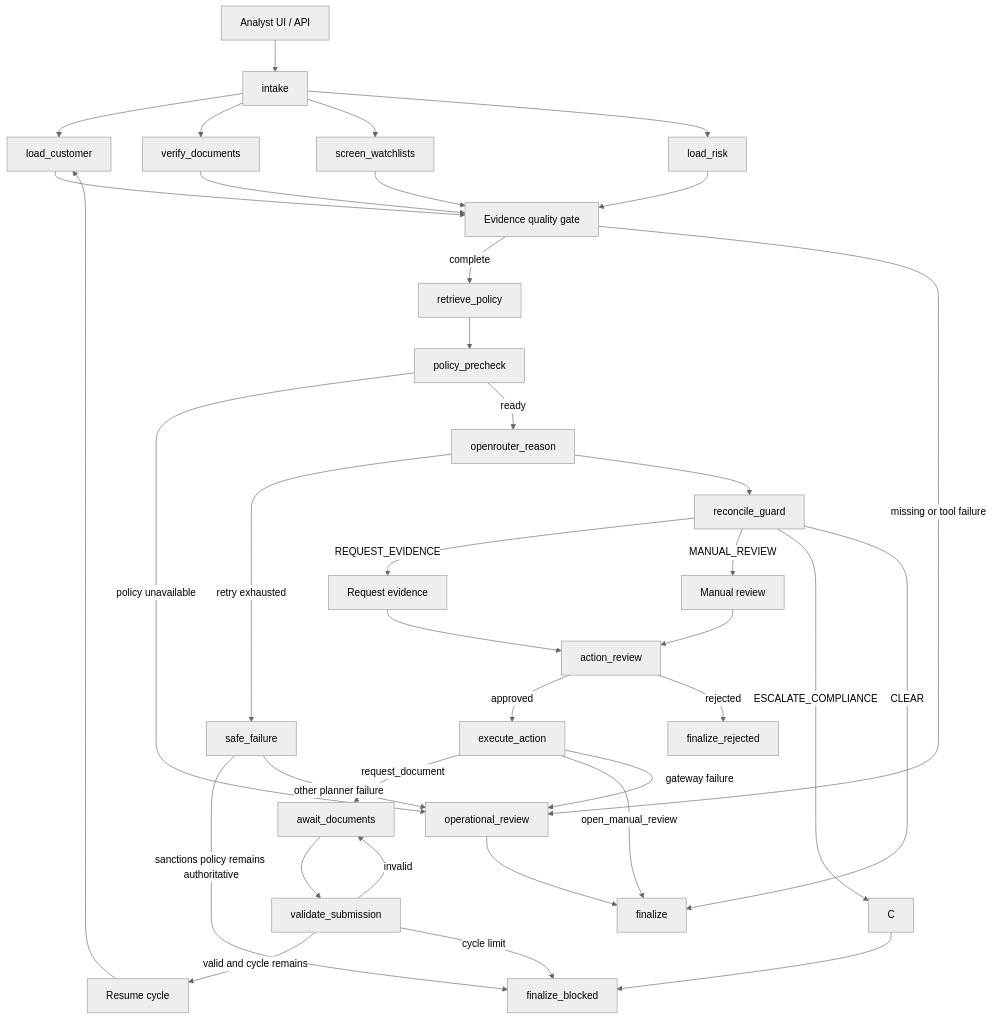
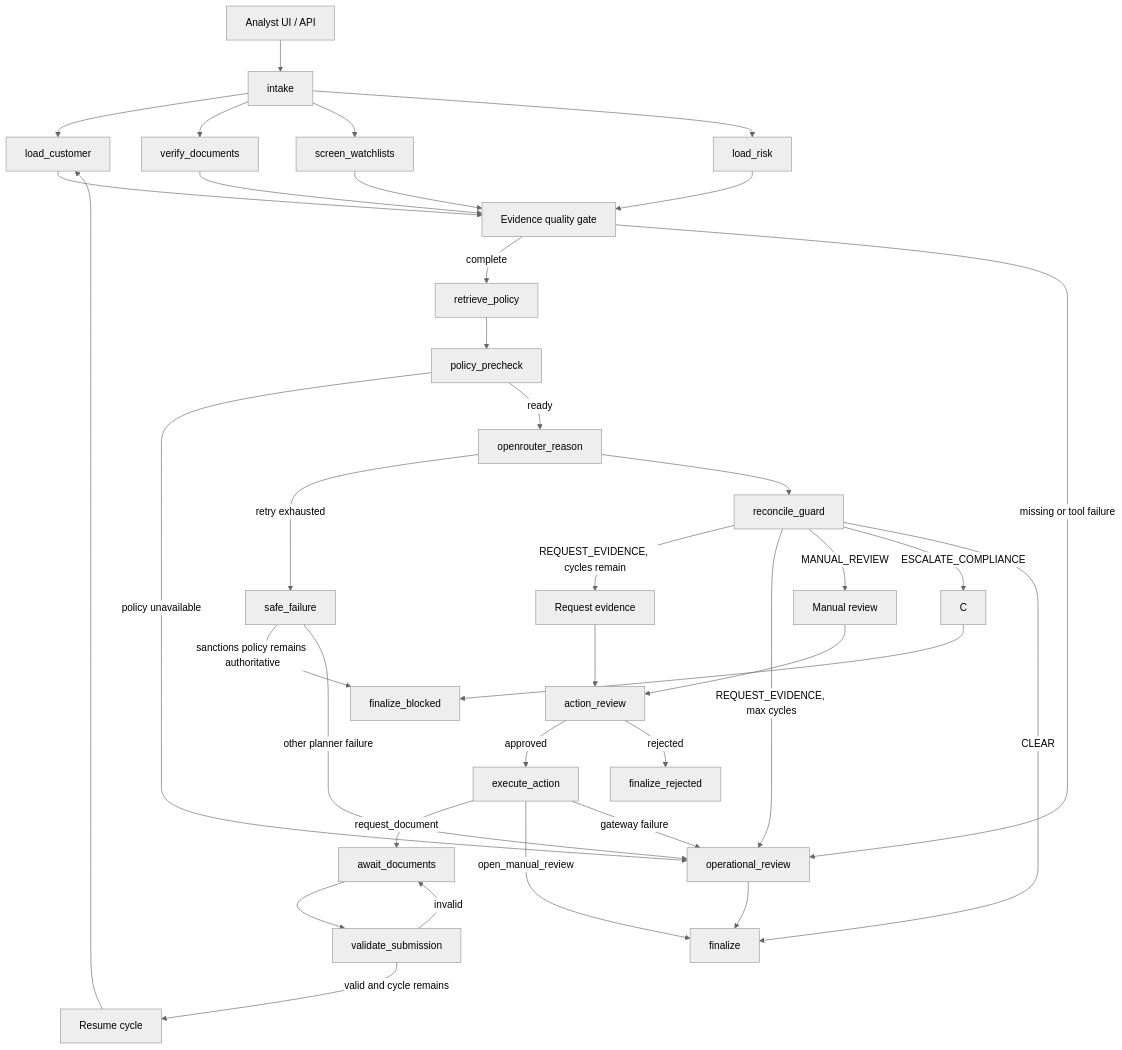
One commit to vmthanh/kyc-agent-demo changed the diagram in docs/ARCHITECTURE.md. Above: the diagram before and after it, drawn with Mermaid (neutral theme). The commit also changed 2 other files, not shown here.

Commit message:
docs: align cycle routing and live server scope

````diff
--- a/docs/ARCHITECTURE.md
+++ b/docs/ARCHITECTURE.md
@@ -5,39 +5,39 @@
 ```mermaid
 flowchart TB
   UI[Analyst UI / API] --> I[intake]
   I --> G1[load_customer]
   I --> G2[verify_documents]
   I --> G3[screen_watchlists]
   I --> G4[load_risk]
   G1 --> E[Evidence quality gate]
   G2 --> E
   G3 --> E
   G4 --> E
   E -->|complete| R[retrieve_policy]
   E -->|missing or tool failure| OPR[operational_review]
   R --> P[policy_precheck]
   P -->|policy unavailable| OPR
   P -->|ready| O[openrouter_reason]
   F[safe_failure] -->|sanctions policy remains authoritative| B[finalize_blocked]
   F -->|other planner failure| OPR
   O -->|retry exhausted| F
   O --> Q[reconcile_guard]
-  Q -->|REQUEST_EVIDENCE| D[Request evidence]
+  Q -->|REQUEST_EVIDENCE, cycles remain| D[Request evidence]
+  Q -->|REQUEST_EVIDENCE, max cycles| OPR
   Q -->|MANUAL_REVIEW| M[Manual review]
   Q -->|ESCALATE_COMPLIANCE| C
   Q -->|CLEAR| Z[finalize]
   D --> A[action_review]
   M --> A
   A -->|approved| X[execute_action]
   A -->|rejected| ZR[finalize_rejected]
   X -->|request_document| W[await_documents]
   X -->|open_manual_review| Z
   X -->|gateway failure| OPR[operational_review]
   W --> V[validate_submission]
   V -->|valid and cycle remains| L[Resume cycle]
   L --> G1
   V -->|invalid| W
-  V -->|cycle limit| B
   OPR --> Z
   C --> B
 ```
````
